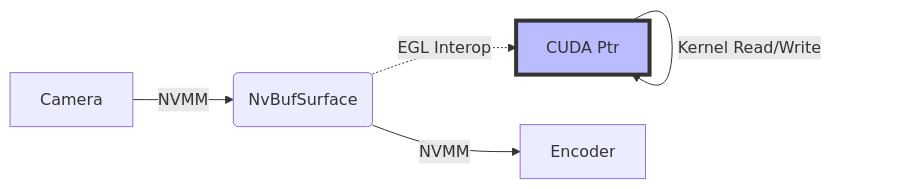
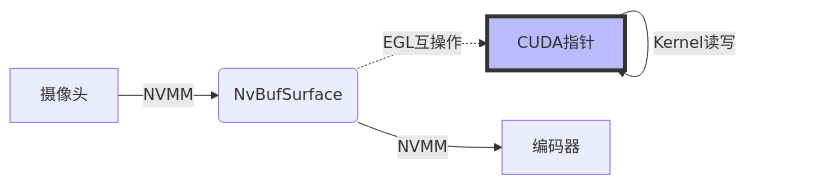
One commit to mx2013713828/avm-intro changed the second of 2 diagrams in cpp_demo/README.md. Above: the diagram before and after it, drawn with Mermaid. The commit also changed other lines of this file, not shown here.

````diff
--- a/cpp_demo/README.md
+++ b/cpp_demo/README.md
@@ -46,9 +46,9 @@
 ```mermaid
 graph LR
-    CAM[Camera] -->|NVMM| SURF(NvBufSurface)
-    SURF -.->|EGL Interop| CUDA[CUDA Ptr]
-    CUDA -->|Kernel Read/Write| CUDA
-    SURF -->|NVMM| ENC[Encoder]
+    CAM[摄像头] -->|NVMM| SURF(NvBufSurface)
+    SURF -.->|EGL互操作| CUDA[CUDA指针]
+    CUDA -->|Kernel读写| CUDA
+    SURF -->|NVMM| ENC[编码器]
 
     style CUDA fill:#bbf,stroke:#333,stroke-width:4px
 ```
````
